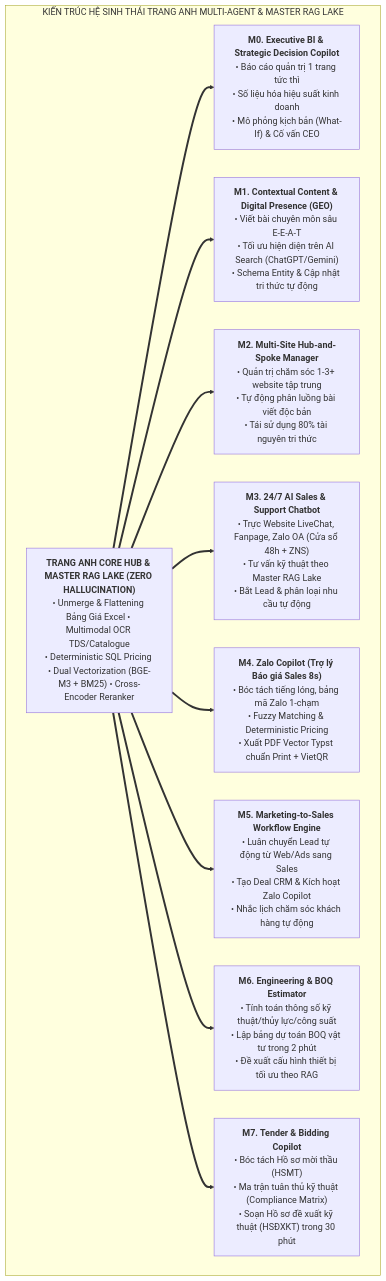
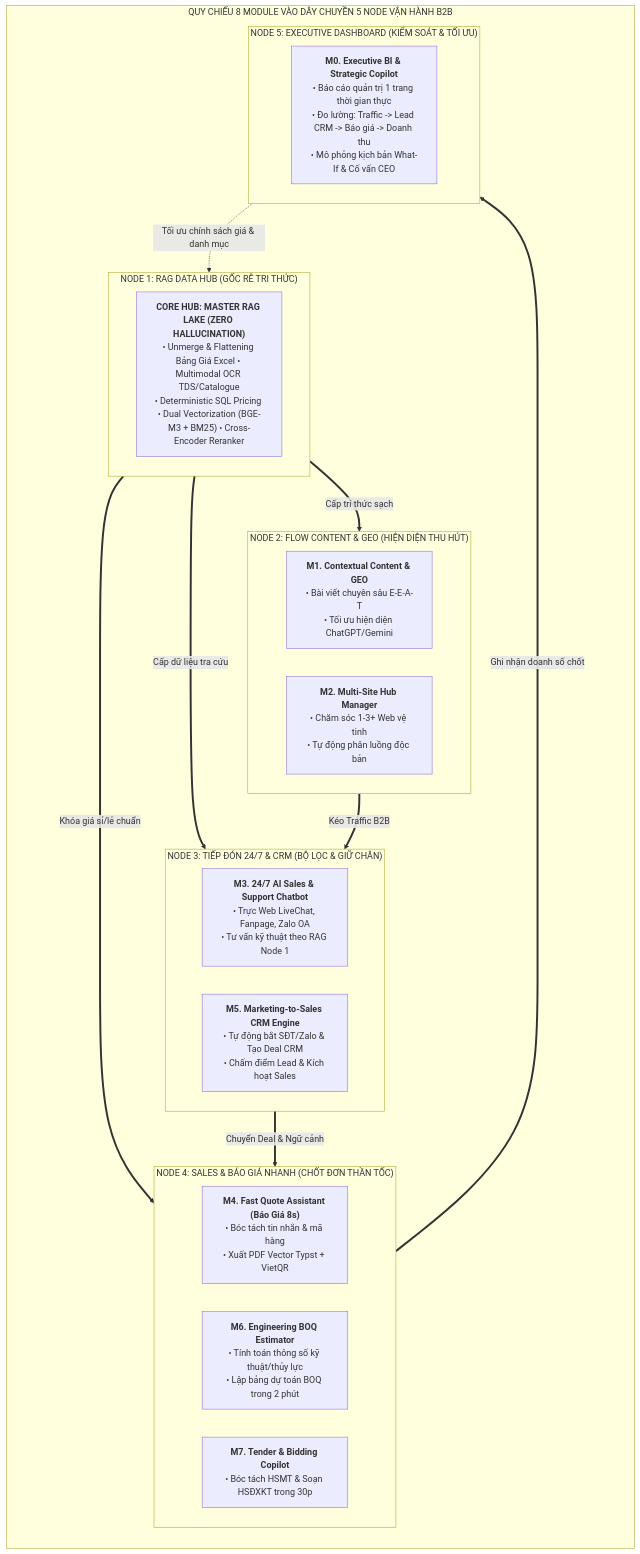
Before and after one commit to trungdo9/tranganhai: the sixth of 10 diagrams in plans/marketing-context.md, drawn with Mermaid. The commit also changed other lines of this file and 16 other files, not shown here.

````diff
--- a/plans/marketing-context.md
+++ b/plans/marketing-context.md
@@ -175,24 +205,38 @@
 ```mermaid
 graph TD
-    subgraph TrangAnhSystem["KIẾN TRÚC HỆ SINH THÁI TRANG ANH MULTI-AGENT & MASTER RAG LAKE"]
-        MasterCore["<b>TRANG ANH CORE HUB & MASTER RAG LAKE (ZERO HALLUCINATION)</b><br/>• Unmerge & Flattening Bảng Giá Excel • Multimodal OCR TDS/Catalogue<br/>• Deterministic SQL Pricing • Dual Vectorization (BGE-M3 + BM25) • Cross-Encoder Reranker"]
+    subgraph FiveNodeMapping["QUY CHIẾU 8 MODULE VÀO DÂY CHUYỀN 5 NODE VẬN HÀNH B2B"]
+        direction TB
         
-        M0["<b>M0. Executive BI & Strategic Decision Copilot</b><br/>• Báo cáo quản trị 1 trang tức thì<br/>• Số liệu hóa hiệu suất kinh doanh<br/>• Mô phỏng kịch bản (What-If) & Cố vấn CEO"]
+        subgraph N1["NODE 1: RAG DATA HUB (GỐC RỄ TRI THỨC)"]
+            MasterCore["<b>CORE HUB: MASTER RAG LAKE (ZERO HALLUCINATION)</b><br/>• Unmerge & Flattening Bảng Giá Excel • Multimodal OCR TDS/Catalogue<br/>• Deterministic SQL Pricing • Dual Vectorization (BGE-M3 + BM25) • Cross-Encoder Reranker"]
+        end
 
-        M1["<b>M1. Contextual Content & Digital Presence (GEO)</b><br/>• Viết bài chuyên môn sâu E-E-A-T<br/>• Tối ưu hiện diện trên AI Search (ChatGPT/Gemini)<br/>• Schema Entity & Cập nhật tri thức tự động"]
-        
-        M2["<b>M2. Multi-Site Hub-and-Spoke Manager</b><br/>• Quản trị chăm sóc 1-3+ website tập trung<br/>• Tự động phân luồng bài viết độc bản<br/>• Tái sử dụng 80% tài nguyên tri thức"]
-        
-        M3["<b>M3. 24/7 AI Sales & Support Chatbot</b><br/>• Trực Website LiveChat, Fanpage, Zalo OA (Cửa sổ 48h + ZNS)<br/>• Tư vấn kỹ thuật theo Master RAG Lake<br/>• Bắt Lead & phân loại nhu cầu tự động"]
-        
-        M4["<b>M4. Zalo Copilot (Trợ lý Báo giá Sales 8s)</b><br/>• Bóc tách tiếng lóng, bảng mã Zalo 1-chạm<br/>• Fuzzy Matching & Deterministic Pricing<br/>• Xuất PDF Vector Typst chuẩn Print + VietQR"]
-        
-        M5["<b>M5. Marketing-to-Sales Workflow Engine</b><br/>• Luân chuyển Lead tự động từ Web/Ads sang Sales<br/>• Tạo Deal CRM & Kích hoạt Zalo Copilot<br/>• Nhắc lịch chăm sóc khách hàng tự động"]
-        
-        M6["<b>M6. Engineering & BOQ Estimator</b><br/>• Tính toán thông số kỹ thuật/thủy lực/công suất<br/>• Lập bảng dự toán BOQ vật tư trong 2 phút<br/>• Đề xuất cấu hình thiết bị tối ưu theo RAG"]
-        
-        M7["<b>M7. Tender & Bidding Copilot</b><br/>• Bóc tách Hồ sơ mời thầu (HSMT)<br/>• Ma trận tuân thủ kỹ thuật (Compliance Matrix)<br/>• Soạn Hồ sơ đề xuất kỹ thuật (HSĐXKT) trong 30 phút"]
-        
-        MasterCore ==> M0 & M1 & M2 & M3 & M4 & M5 & M6 & M7
+        subgraph N2["NODE 2: FLOW CONTENT & GEO (HIỆN DIỆN THU HÚT)"]
+            M1["<b>M1. Contextual Content & GEO</b><br/>• Bài viết chuyên sâu E-E-A-T<br/>• Tối ưu hiện diện ChatGPT/Gemini"]
+            M2["<b>M2. Multi-Site Hub Manager</b><br/>• Chăm sóc 1-3+ Web vệ tinh<br/>• Tự động phân luồng độc bản"]
+        end
+
+        subgraph N3["NODE 3: TIẾP ĐÓN 24/7 & CRM (BỘ LỌC & GIỮ CHÂN)"]
+            M3["<b>M3. 24/7 AI Sales & Support Chatbot</b><br/>• Trực Web LiveChat, Fanpage, Zalo OA<br/>• Tư vấn kỹ thuật theo RAG Node 1"]
+            M5["<b>M5. Marketing-to-Sales CRM Engine</b><br/>• Tự động bắt SĐT/Zalo & Tạo Deal CRM<br/>• Chấm điểm Lead & Kích hoạt Sales"]
+        end
+
+        subgraph N4["NODE 4: SALES & BÁO GIÁ NHANH (CHỐT ĐƠN THẦN TỐC)"]
+            M4["<b>M4. Fast Quote Assistant (Báo Giá 8s)</b><br/>• Bóc tách tin nhắn & mã hàng<br/>• Xuất PDF Vector Typst + VietQR"]
+            M6["<b>M6. Engineering BOQ Estimator</b><br/>• Tính toán thông số kỹ thuật/thủy lực<br/>• Lập bảng dự toán BOQ trong 2 phút"]
+            M7["<b>M7. Tender & Bidding Copilot</b><br/>• Bóc tách HSMT & Soạn HSĐXKT trong 30p"]
+        end
+
+        subgraph N5["NODE 5: EXECUTIVE DASHBOARD (KIỂM SOÁT & TỐI ƯU)"]
+            M0["<b>M0. Executive BI & Strategic Copilot</b><br/>• Báo cáo quản trị 1 trang thời gian thực<br/>• Đo lường: Traffic -> Lead CRM -> Báo giá -> Doanh thu<br/>• Mô phỏng kịch bản What-If & Cố vấn CEO"]
+        end
+
+        N1 ==>|Cấp tri thức sạch| N2
+        N1 ==>|Cấp dữ liệu tra cứu| N3
+        N1 ==>|Khóa giá sỉ/lẻ chuẩn| N4
+        N2 ==>|Kéo Traffic B2B| N3
+        N3 ==>|Chuyển Deal & Ngữ cảnh| N4
+        N4 ==>|Ghi nhận doanh số chốt| N5
+        N5 -.->|Tối ưu chính sách giá & danh mục| N1
     end
 ```
````
